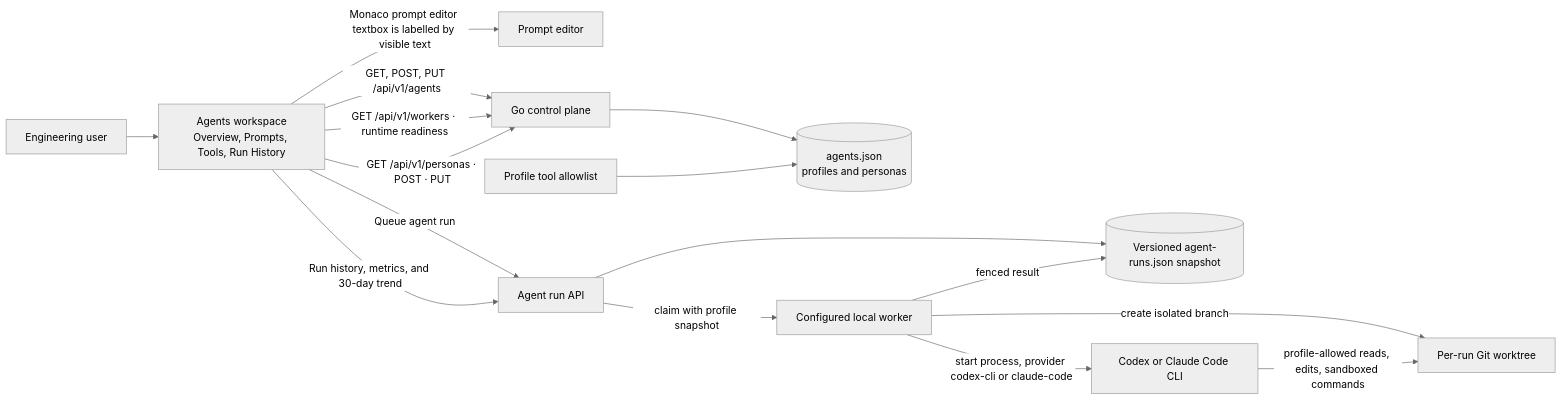
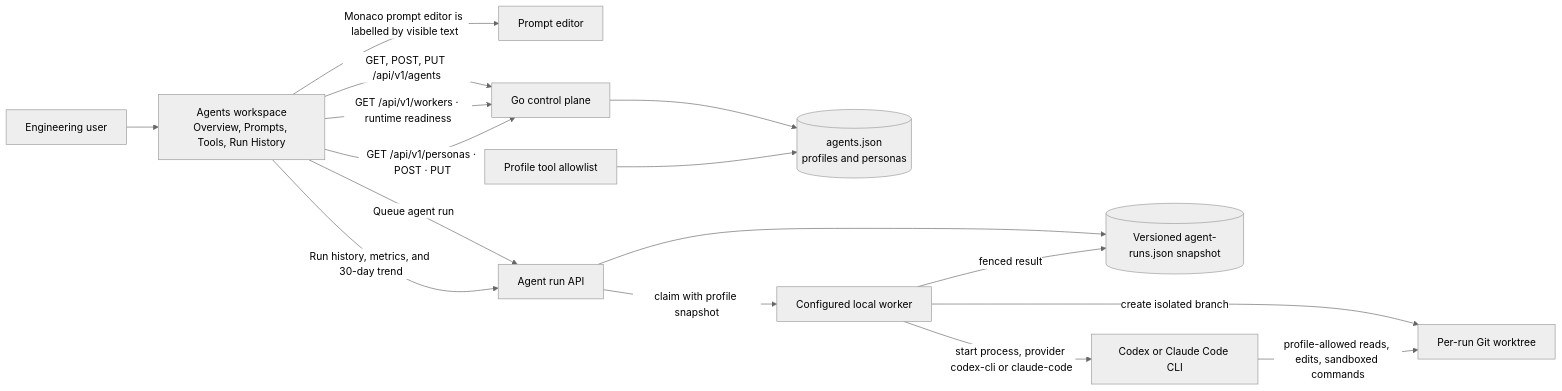
One commit to bogdaniel/zenchron-engineering-os changed the diagram in docs/features/agent-profiles.md. Above: the diagram before and after it, drawn with Mermaid (neutral theme). The commit also changed other lines of this file and 3 other files, not shown here.

Commit message:
fix(dashboard): label the Monaco editor surface

````diff
--- a/docs/features/agent-profiles.md
+++ b/docs/features/agent-profiles.md
@@ -48,18 +48,18 @@
 ```mermaid
 flowchart LR
-    Dashboard -->|Monaco prompt editor textbox is labelled by visible text| PromptEditor[Prompt editor]
+    Dashboard -->|Monaco prompt editor is labelled by visible text| PromptEditor[Prompt editor]
     User[Engineering user] --> Dashboard[Agents workspace]
     Dashboard[Agents workspace<br/>Overview, Prompts, Tools, Run History] -->|GET, POST, PUT /api/v1/agents| API[Go control plane]
     Dashboard -->|GET /api/v1/workers · runtime readiness| API
     Dashboard -->|Queue agent run| Runs[Agent run API]
     Dashboard -->|GET /api/v1/personas · POST · PUT| API
     API --> Store[(agents.json<br/>profiles and personas)]
     Runs --> RunStore[(Versioned agent-runs.json snapshot)]
     Dashboard -->|Run history, metrics, and 30-day trend| Runs
     Tools[Profile tool allowlist] --> Store
     Runs -->|claim with profile snapshot| Worker[Configured local worker]
     Worker -->|start process, provider codex-cli or claude-code| Harness[Codex or Claude Code CLI]
     Worker -->|create isolated branch| Worktree[Per-run Git worktree]
     Harness -->|profile-allowed reads, edits, sandboxed commands| Worktree
     Worker -->|fenced result| RunStore
 ```
````
